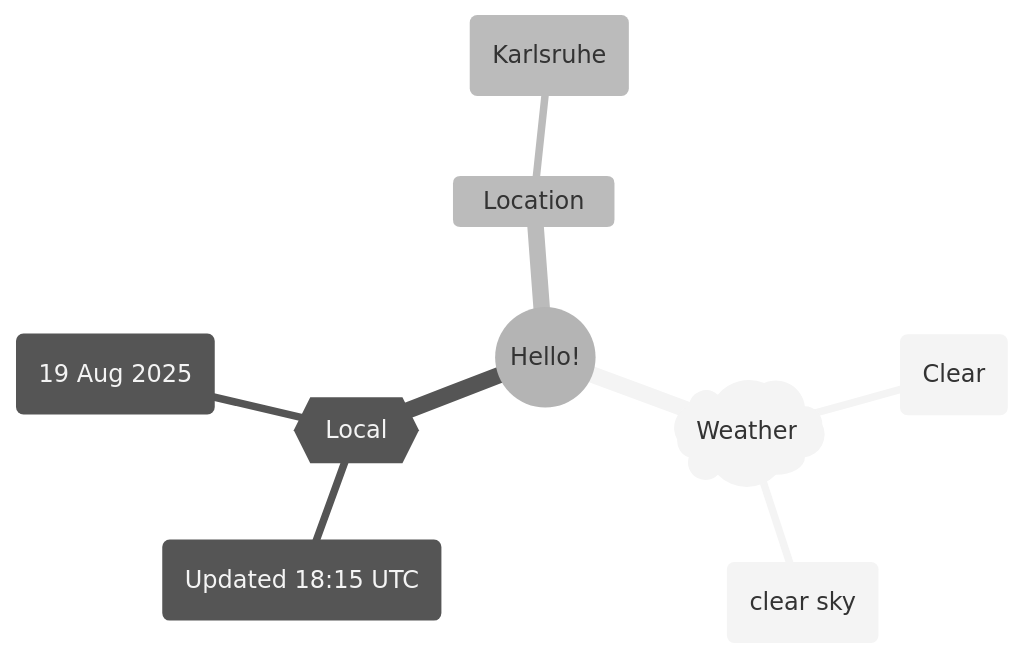
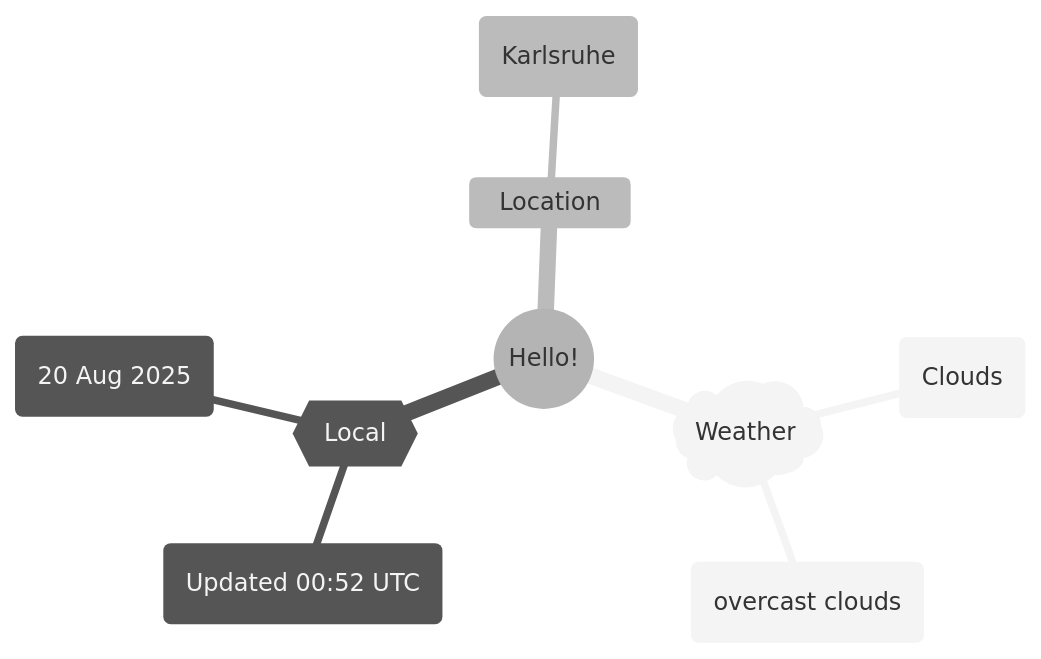
The first of 2 diagrams in README.md (Xosrov/Xosrov), drawn with Mermaid (neutral theme) before and after one commit.

Commit message:
[bot] updated images

````diff
--- a/README.md
+++ b/README.md
@@ -3,12 +3,12 @@
 ```mermaid
 mindmap
   root((Hello!))
     )Weather(
-        (Clear)
-        (clear sky)
+        (Clouds)
+        (overcast clouds)
     {{Local}}
-        (Updated 18:15 UTC)
-        (19 Aug 2025)
+        (Updated 00:52 UTC)
+        (20 Aug 2025)
     Location
         (Karlsruhe)
 ```
````
